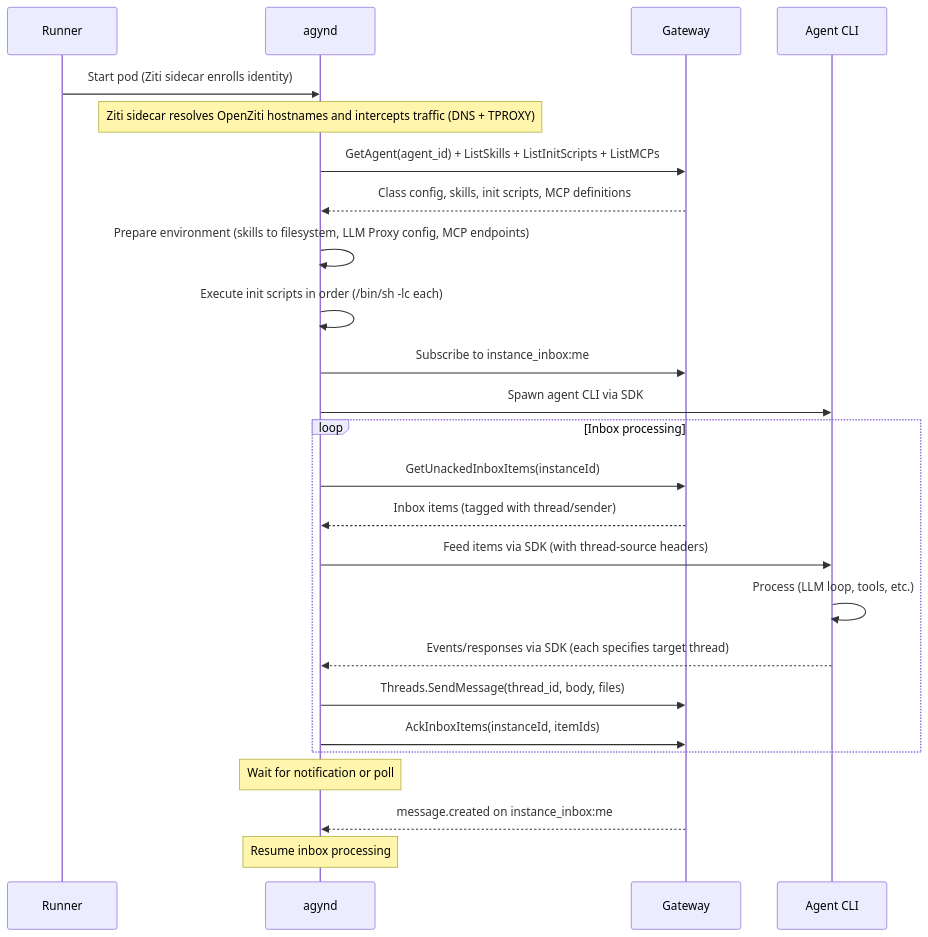
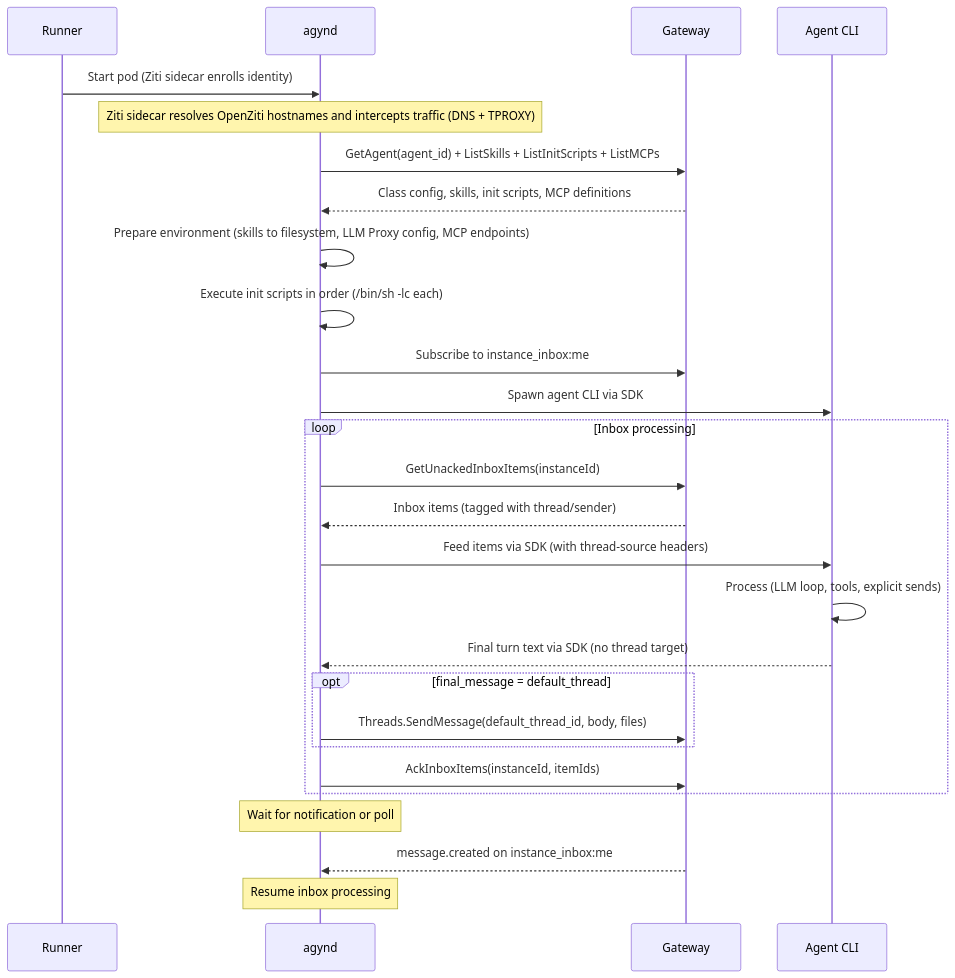
Before and after one commit to agynio/architecture: the second of 2 diagrams in architecture/agynd-cli.md, drawn with Mermaid. The commit also changed other lines of this file and 7 other files, not shown here.

````diff
--- a/architecture/agynd-cli.md
+++ b/architecture/agynd-cli.md
@@ -240,30 +249,32 @@
 ```mermaid
 sequenceDiagram
     participant R as Runner
     participant D as agynd
     participant GW as Gateway
     participant A as Agent CLI
 
     R->>D: Start pod (Ziti sidecar enrolls identity)
     Note over D: Ziti sidecar resolves OpenZiti hostnames and intercepts traffic (DNS + TPROXY)
     D->>GW: GetAgent(agent_id) + ListSkills + ListInitScripts + ListMCPs
     GW-->>D: Class config, skills, init scripts, MCP definitions
     D->>D: Prepare environment (skills to filesystem, LLM Proxy config, MCP endpoints)
     D->>D: Execute init scripts in order (/bin/sh -lc each)
     D->>GW: Subscribe to instance_inbox:me
     D->>A: Spawn agent CLI via SDK
 
     loop Inbox processing
         D->>GW: GetUnackedInboxItems(instanceId)
         GW-->>D: Inbox items (tagged with thread/sender)
         D->>A: Feed items via SDK (with thread-source headers)
-        A->>A: Process (LLM loop, tools, etc.)
-        A-->>D: Events/responses via SDK (each specifies target thread)
-        D->>GW: Threads.SendMessage(thread_id, body, files)
+        A->>A: Process (LLM loop, tools, explicit sends)
+        A-->>D: Final turn text via SDK (no thread target)
+        opt final_message = default_thread
+            D->>GW: Threads.SendMessage(default_thread_id, body, files)
+        end
         D->>GW: AckInboxItems(instanceId, itemIds)
     end
 
     Note over D: Wait for notification or poll
     GW-->>D: message.created on instance_inbox:me
     Note over D: Resume inbox processing
 ```
````
